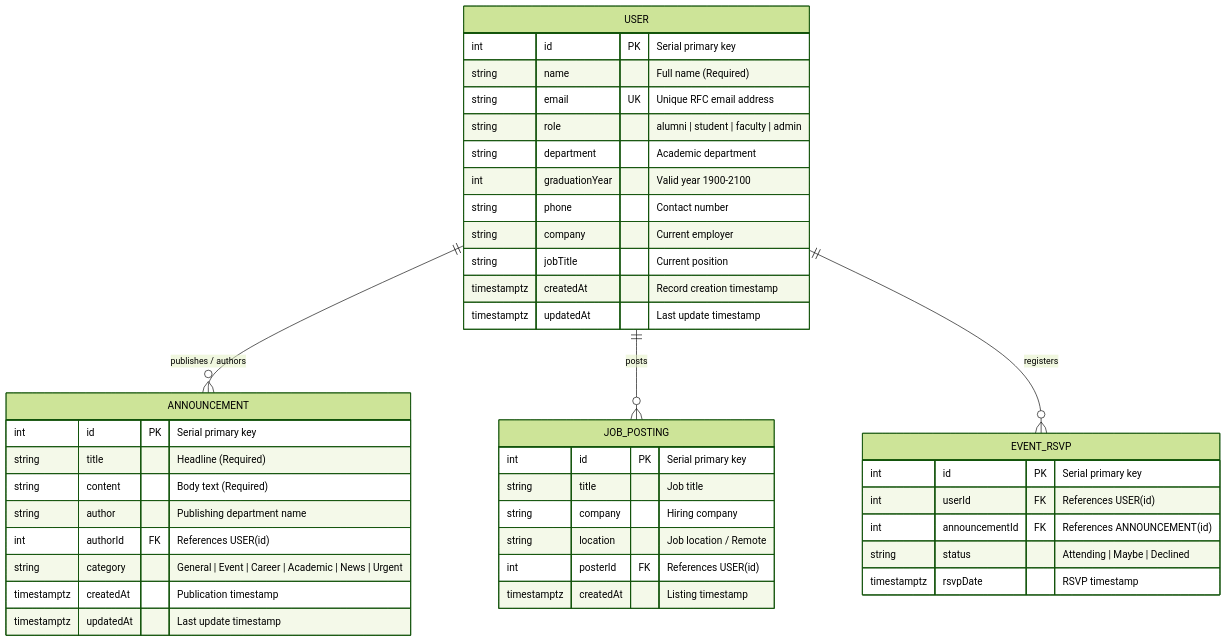
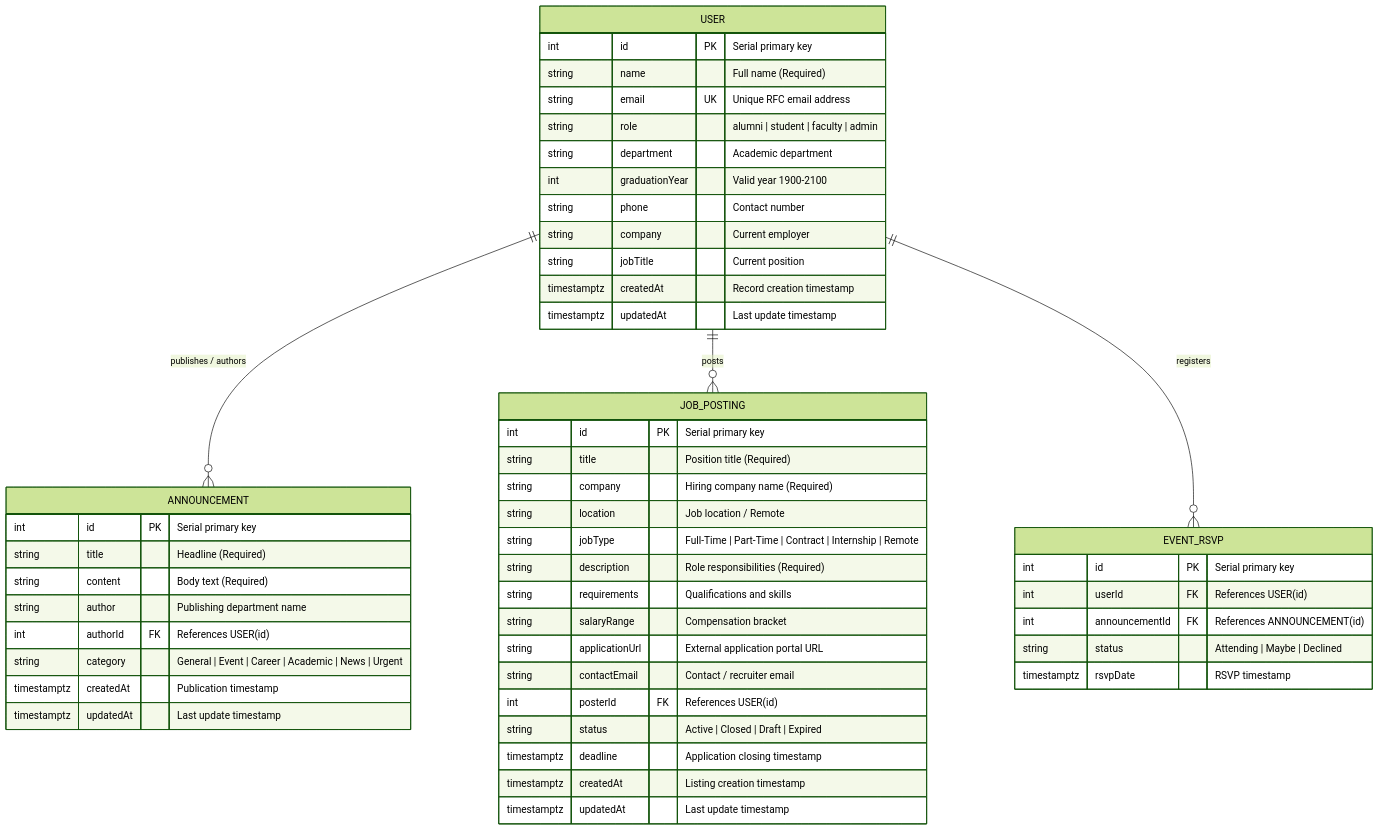
The diagram in docs/ddd.md (zhevadpal-dev/Alumni), drawn with Mermaid (forest theme) before and after one commit. The commit also changed other lines of this file and 1 other file, not shown here.

Commit message:
docs: update ddd.md and README with comprehensive job postings entity and ddl specification

````diff
--- a/docs/ddd.md
+++ b/docs/ddd.md
@@ -115,48 +141,57 @@
 ```mermaid
 erDiagram
     USER ||--o{ ANNOUNCEMENT : "publishes / authors"
     USER ||--o{ JOB_POSTING : "posts"
     USER ||--o{ EVENT_RSVP : "registers"
 
     USER {
         int id PK "Serial primary key"
         string name "Full name (Required)"
         string email UK "Unique RFC email address"
         string role "alumni | student | faculty | admin"
         string department "Academic department"
         int graduationYear "Valid year 1900-2100"
         string phone "Contact number"
         string company "Current employer"
         string jobTitle "Current position"
         timestamptz createdAt "Record creation timestamp"
         timestamptz updatedAt "Last update timestamp"
     }
 
     ANNOUNCEMENT {
         int id PK "Serial primary key"
         string title "Headline (Required)"
         string content "Body text (Required)"
         string author "Publishing department name"
         int authorId FK "References USER(id)"
         string category "General | Event | Career | Academic | News | Urgent"
         timestamptz createdAt "Publication timestamp"
         timestamptz updatedAt "Last update timestamp"
     }
 
     JOB_POSTING {
         int id PK "Serial primary key"
-        string title "Job title"
-        string company "Hiring company"
+        string title "Position title (Required)"
+        string company "Hiring company name (Required)"
         string location "Job location / Remote"
+        string jobType "Full-Time | Part-Time | Contract | Internship | Remote"
+        string description "Role responsibilities (Required)"
+        string requirements "Qualifications and skills"
+        string salaryRange "Compensation bracket"
+        string applicationUrl "External application portal URL"
+        string contactEmail "Contact / recruiter email"
         int posterId FK "References USER(id)"
-        timestamptz createdAt "Listing timestamp"
+        string status "Active | Closed | Draft | Expired"
+        timestamptz deadline "Application closing timestamp"
+        timestamptz createdAt "Listing creation timestamp"
+        timestamptz updatedAt "Last update timestamp"
     }
 
     EVENT_RSVP {
         int id PK "Serial primary key"
         int userId FK "References USER(id)"
         int announcementId FK "References ANNOUNCEMENT(id)"
         string status "Attending | Maybe | Declined"
         timestamptz rsvpDate "RSVP timestamp"
     }
 ```
````
